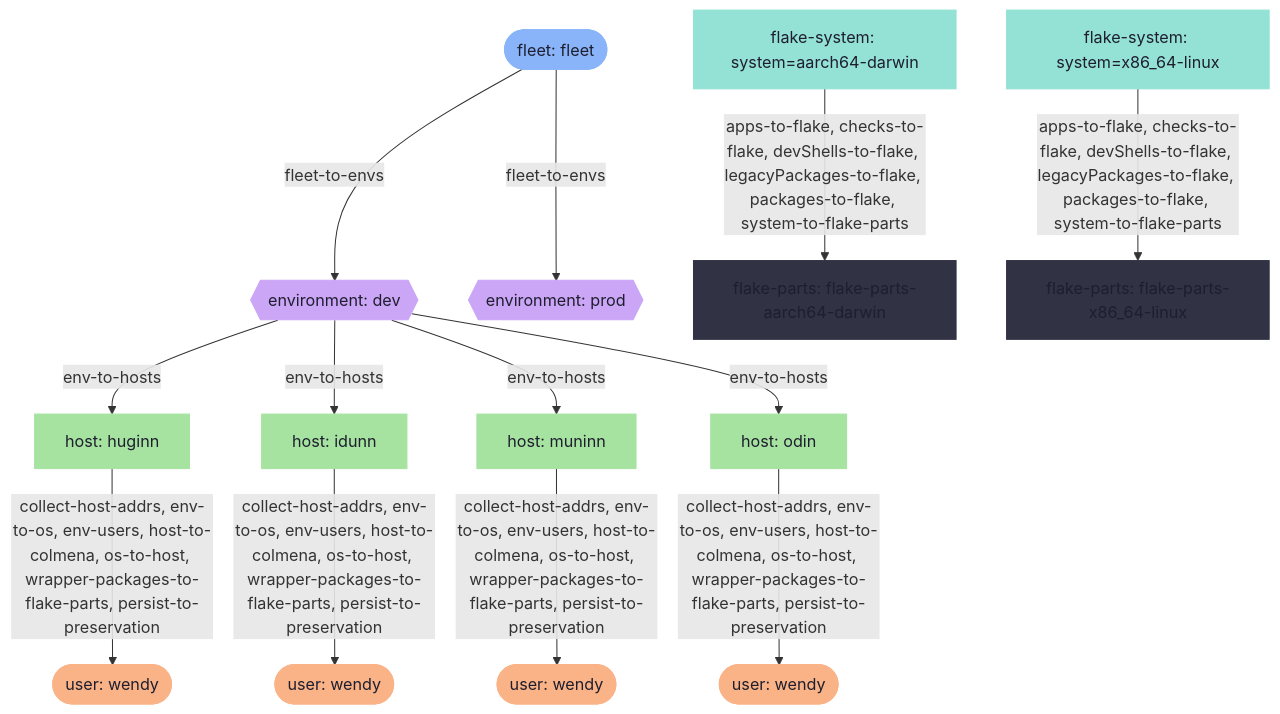
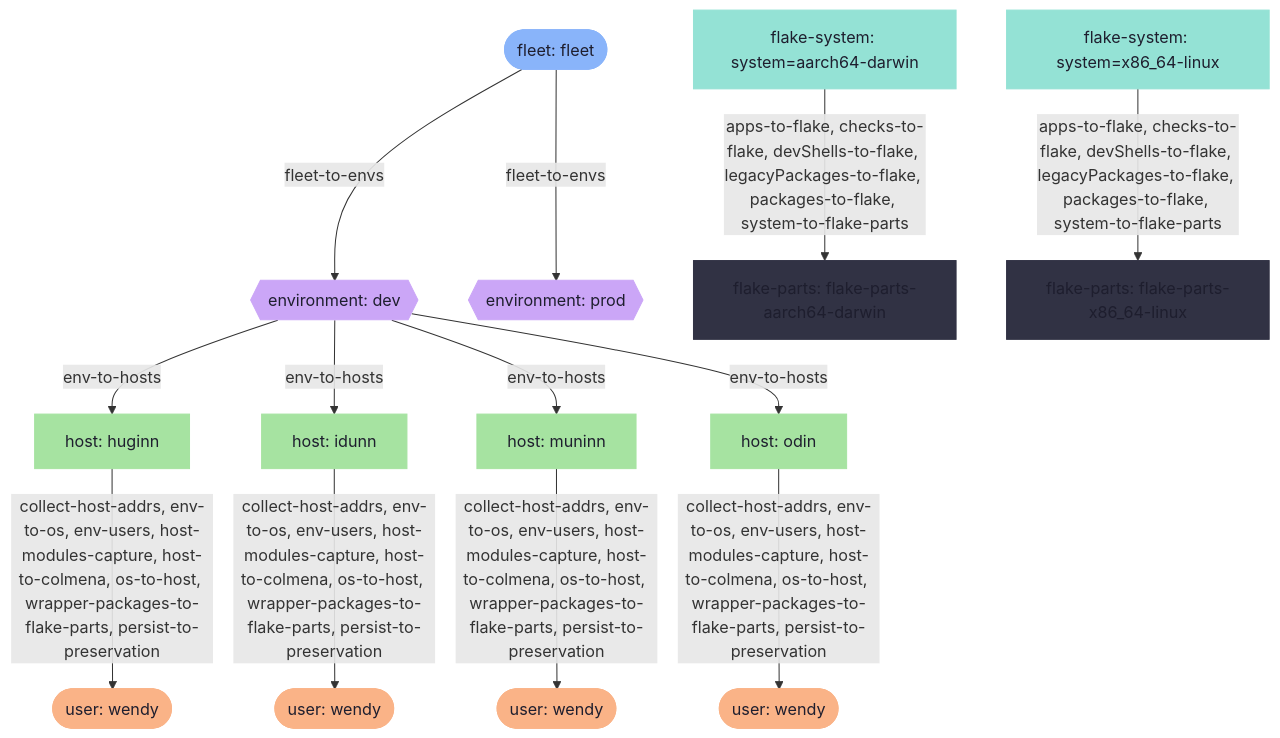
The second of 4 diagrams in README.md (illusaen/denix), drawn with Mermaid before and after one commit. The commit also changed other lines of this file, not shown here.

Commit message:
ran .#diagrams.write-diagrams

````diff
--- a/README.md
+++ b/README.md
@@ -58,47 +58,47 @@
 ```mermaid
 graph TD
   accessGroups__list_accessGroups__environment_dev_fleet_fleet_host_huginn["host: huginn"]
   accessGroups__list_accessGroups__environment_dev_fleet_fleet_host_huginn_user_wendy(["user: wendy"])
   accessGroups__list_accessGroups__environment_dev_fleet_fleet_host_idunn["host: idunn"]
   accessGroups__list_accessGroups__environment_dev_fleet_fleet_host_idunn_user_wendy(["user: wendy"])
   accessGroups__list_accessGroups__environment_dev_fleet_fleet_host_muninn["host: muninn"]
   accessGroups__list_accessGroups__environment_dev_fleet_fleet_host_muninn_user_wendy(["user: wendy"])
   accessGroups__list_accessGroups__environment_dev_fleet_fleet_host_odin["host: odin"]
   accessGroups__list_accessGroups__environment_dev_fleet_fleet_host_odin_user_wendy(["user: wendy"])
   environment_dev_fleet_fleet{{"environment: dev"}}
   environment_prod_fleet_fleet{{"environment: prod"}}
   flake_parts_flake_parts_aarch64_darwin_system_aarch64_darwin["flake-parts: flake-parts-aarch64-darwin"]
   flake_parts_flake_parts_x86_64_linux_system_x86_64_linux["flake-parts: flake-parts-x86_64-linux"]
   fleet_fleet(["fleet: fleet"])
   system_aarch64_darwin["flake-system: system=aarch64-darwin"]
   system_x86_64_linux["flake-system: system=x86_64-linux"]
 
   environment_dev_fleet_fleet -->|env-to-hosts| accessGroups__list_accessGroups__environment_dev_fleet_fleet_host_huginn
-  accessGroups__list_accessGroups__environment_dev_fleet_fleet_host_huginn -->|collect-host-addrs, env-to-os, env-users, host-to-colmena, os-to-host, wrapper-packages-to-flake-parts, persist-to-preservation| accessGroups__list_accessGroups__environment_dev_fleet_fleet_host_huginn_user_wendy
+  accessGroups__list_accessGroups__environment_dev_fleet_fleet_host_huginn -->|collect-host-addrs, env-to-os, env-users, host-modules-capture, host-to-colmena, os-to-host, wrapper-packages-to-flake-parts, persist-to-preservation| accessGroups__list_accessGroups__environment_dev_fleet_fleet_host_huginn_user_wendy
   environment_dev_fleet_fleet -->|env-to-hosts| accessGroups__list_accessGroups__environment_dev_fleet_fleet_host_idunn
-  accessGroups__list_accessGroups__environment_dev_fleet_fleet_host_idunn -->|collect-host-addrs, env-to-os, env-users, host-to-colmena, os-to-host, wrapper-packages-to-flake-parts, persist-to-preservation| accessGroups__list_accessGroups__environment_dev_fleet_fleet_host_idunn_user_wendy
+  accessGroups__list_accessGroups__environment_dev_fleet_fleet_host_idunn -->|collect-host-addrs, env-to-os, env-users, host-modules-capture, host-to-colmena, os-to-host, wrapper-packages-to-flake-parts, persist-to-preservation| accessGroups__list_accessGroups__environment_dev_fleet_fleet_host_idunn_user_wendy
   environment_dev_fleet_fleet -->|env-to-hosts| accessGroups__list_accessGroups__environment_dev_fleet_fleet_host_muninn
-  accessGroups__list_accessGroups__environment_dev_fleet_fleet_host_muninn -->|collect-host-addrs, env-to-os, env-users, host-to-colmena, os-to-host, wrapper-packages-to-flake-parts, persist-to-preservation| accessGroups__list_accessGroups__environment_dev_fleet_fleet_host_muninn_user_wendy
+  accessGroups__list_accessGroups__environment_dev_fleet_fleet_host_muninn -->|collect-host-addrs, env-to-os, env-users, host-modules-capture, host-to-colmena, os-to-host, wrapper-packages-to-flake-parts, persist-to-preservation| accessGroups__list_accessGroups__environment_dev_fleet_fleet_host_muninn_user_wendy
   environment_dev_fleet_fleet -->|env-to-hosts| accessGroups__list_accessGroups__environment_dev_fleet_fleet_host_odin
-  accessGroups__list_accessGroups__environment_dev_fleet_fleet_host_odin -->|collect-host-addrs, env-to-os, env-users, host-to-colmena, os-to-host, wrapper-packages-to-flake-parts, persist-to-preservation| accessGroups__list_accessGroups__environment_dev_fleet_fleet_host_odin_user_wendy
+  accessGroups__list_accessGroups__environment_dev_fleet_fleet_host_odin -->|collect-host-addrs, env-to-os, env-users, host-modules-capture, host-to-colmena, os-to-host, wrapper-packages-to-flake-parts, persist-to-preservation| accessGroups__list_accessGroups__environment_dev_fleet_fleet_host_odin_user_wendy
   fleet_fleet -->|fleet-to-envs| environment_dev_fleet_fleet
   fleet_fleet -->|fleet-to-envs| environment_prod_fleet_fleet
   system_aarch64_darwin -->|apps-to-flake, checks-to-flake, devShells-to-flake, legacyPackages-to-flake, packages-to-flake, system-to-flake-parts| flake_parts_flake_parts_aarch64_darwin_system_aarch64_darwin
   system_x86_64_linux -->|apps-to-flake, checks-to-flake, devShells-to-flake, legacyPackages-to-flake, packages-to-flake, system-to-flake-parts| flake_parts_flake_parts_x86_64_linux_system_x86_64_linux
 
   style accessGroups__list_accessGroups__environment_dev_fleet_fleet_host_huginn fill:#a6e3a1,stroke:#a6e3a1,color:#1e1e2e
   style accessGroups__list_accessGroups__environment_dev_fleet_fleet_host_huginn_user_wendy fill:#fab387,stroke:#fab387,color:#1e1e2e
   style accessGroups__list_accessGroups__environment_dev_fleet_fleet_host_idunn fill:#a6e3a1,stroke:#a6e3a1,color:#1e1e2e
   style accessGroups__list_accessGroups__environment_dev_fleet_fleet_host_idunn_user_wendy fill:#fab387,stroke:#fab387,color:#1e1e2e
   style accessGroups__list_accessGroups__environment_dev_fleet_fleet_host_muninn fill:#a6e3a1,stroke:#a6e3a1,color:#1e1e2e
   style accessGroups__list_accessGroups__environment_dev_fleet_fleet_host_muninn_user_wendy fill:#fab387,stroke:#fab387,color:#1e1e2e
   style accessGroups__list_accessGroups__environment_dev_fleet_fleet_host_odin fill:#a6e3a1,stroke:#a6e3a1,color:#1e1e2e
   style accessGroups__list_accessGroups__environment_dev_fleet_fleet_host_odin_user_wendy fill:#fab387,stroke:#fab387,color:#1e1e2e
   style environment_dev_fleet_fleet fill:#cba6f7,stroke:#cba6f7,color:#1e1e2e
   style environment_prod_fleet_fleet fill:#cba6f7,stroke:#cba6f7,color:#1e1e2e
   style flake_parts_flake_parts_aarch64_darwin_system_aarch64_darwin fill:#313244,stroke:#313244,color:#1e1e2e
   style flake_parts_flake_parts_x86_64_linux_system_x86_64_linux fill:#313244,stroke:#313244,color:#1e1e2e
   style fleet_fleet fill:#89b4fa,stroke:#89b4fa,color:#1e1e2e
   style system_aarch64_darwin fill:#94e2d5,stroke:#94e2d5,color:#1e1e2e
   style system_x86_64_linux fill:#94e2d5,stroke:#94e2d5,color:#1e1e2e
 ```
````
